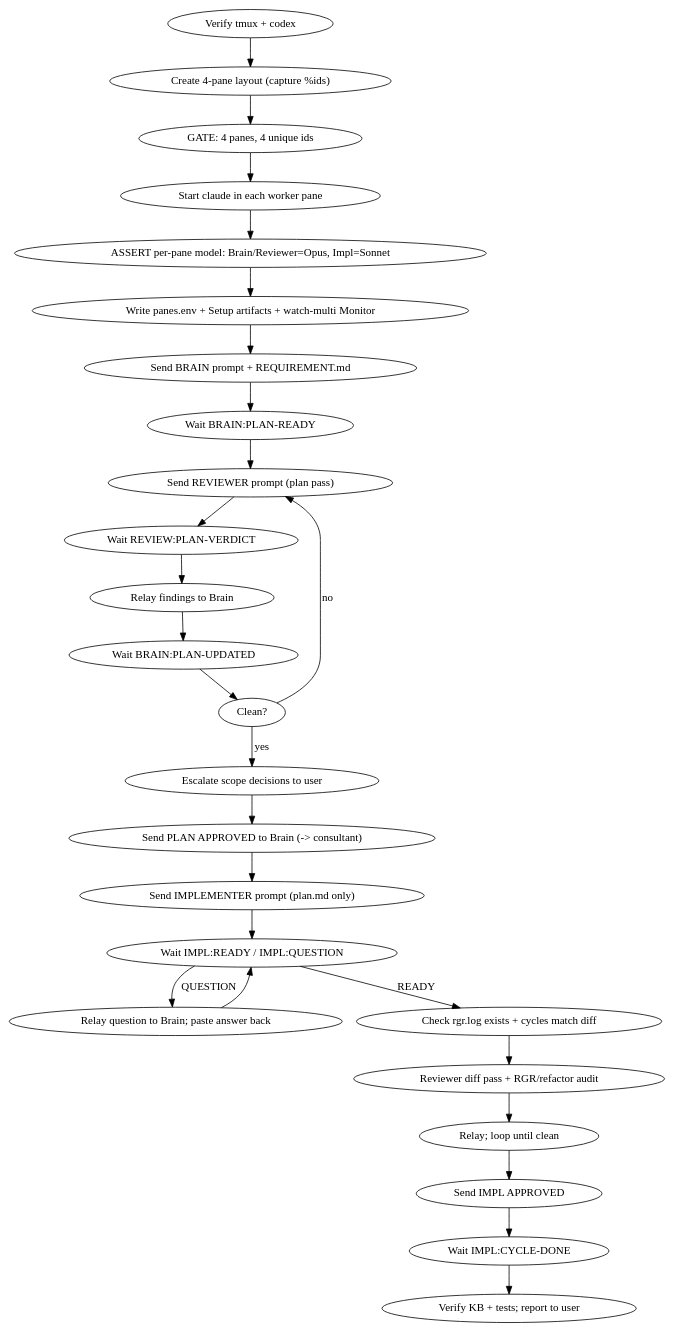
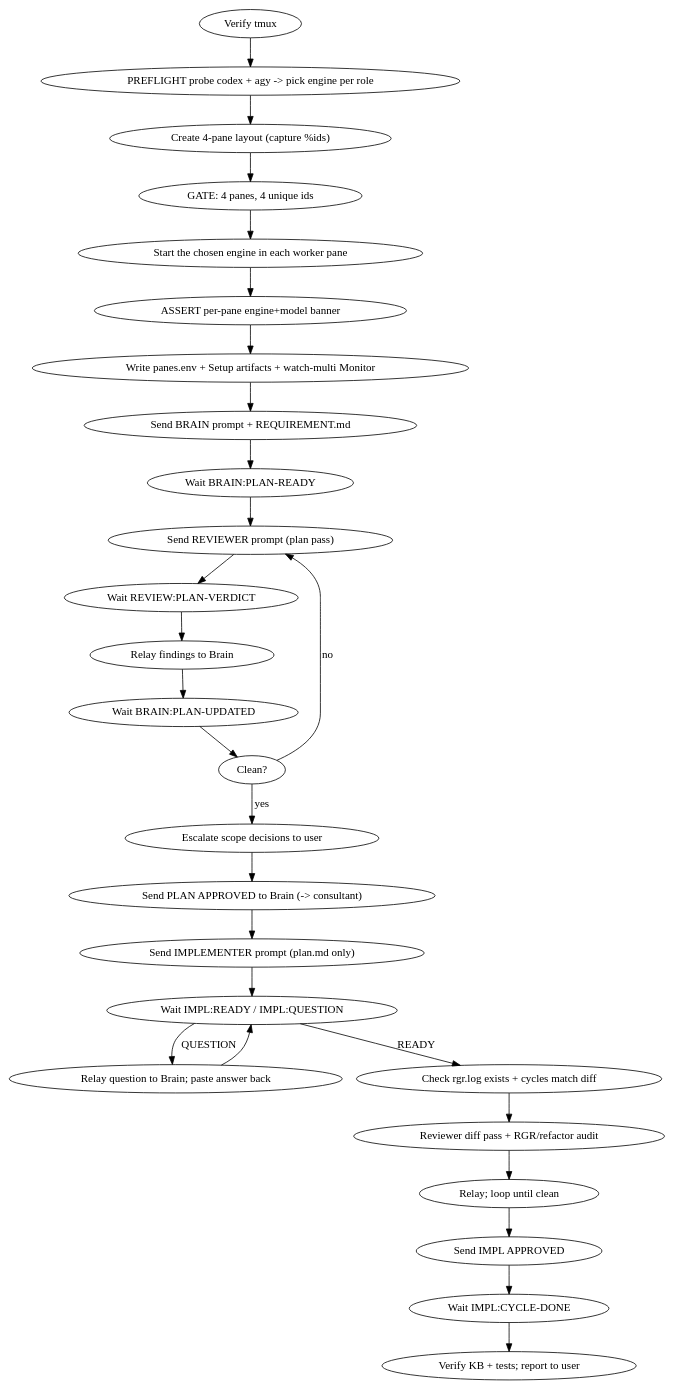
One commit to chermosillo-lkmx/ronin changed the diagram in skills/tmux-worker-loop/SKILL.md. Above: the diagram before and after it, drawn with Graphviz. The commit also changed other lines of this file and 10 other files, not shown here.

First line of the commit message:
chore(skill): sincroniza tmux-worker-loop con la v9 instalada

````diff
--- a/skills/tmux-worker-loop/SKILL.md
+++ b/skills/tmux-worker-loop/SKILL.md
@@ -62,31 +93,32 @@
 ```dot
 digraph workflow {
-  "Verify tmux + codex" -> "Create 4-pane layout (capture %ids)";
+  "Verify tmux" -> "PREFLIGHT probe codex + agy -> pick engine per role";
+  "PREFLIGHT probe codex + agy -> pick engine per role" -> "Create 4-pane layout (capture %ids)";
   "Create 4-pane layout (capture %ids)" -> "GATE: 4 panes, 4 unique ids";
-  "GATE: 4 panes, 4 unique ids" -> "Start claude in each worker pane";
-  "Start claude in each worker pane" -> "ASSERT per-pane model: Brain/Reviewer=Opus, Impl=Sonnet";
-  "ASSERT per-pane model: Brain/Reviewer=Opus, Impl=Sonnet" -> "Write panes.env + Setup artifacts + watch-multi Monitor";
+  "GATE: 4 panes, 4 unique ids" -> "Start the chosen engine in each worker pane";
+  "Start the chosen engine in each worker pane" -> "ASSERT per-pane engine+model banner";
+  "ASSERT per-pane engine+model banner" -> "Write panes.env + Setup artifacts + watch-multi Monitor";
   "Write panes.env + Setup artifacts + watch-multi Monitor" -> "Send BRAIN prompt + REQUIREMENT.md";
   "Send BRAIN prompt + REQUIREMENT.md" -> "Wait BRAIN:PLAN-READY";
 
   "Wait BRAIN:PLAN-READY" -> "Send REVIEWER prompt (plan pass)";
   "Send REVIEWER prompt (plan pass)" -> "Wait REVIEW:PLAN-VERDICT";
   "Wait REVIEW:PLAN-VERDICT" -> "Relay findings to Brain";
   "Relay findings to Brain" -> "Wait BRAIN:PLAN-UPDATED";
   "Wait BRAIN:PLAN-UPDATED" -> "Clean?";
   "Clean?" -> "Send REVIEWER prompt (plan pass)" [label="no"];
   "Clean?" -> "Escalate scope decisions to user" [label="yes"];
   "Escalate scope decisions to user" -> "Send PLAN APPROVED to Brain (-> consultant)";
 
   "Send PLAN APPROVED to Brain (-> consultant)" -> "Send IMPLEMENTER prompt (plan.md only)";
   "Send IMPLEMENTER prompt (plan.md only)" -> "Wait IMPL:READY / IMPL:QUESTION";
   "Wait IMPL:READY / IMPL:QUESTION" -> "Relay question to Brain; paste answer back" [label="QUESTION"];
   "Relay question to Brain; paste answer back" -> "Wait IMPL:READY / IMPL:QUESTION";
   "Wait IMPL:READY / IMPL:QUESTION" -> "Check rgr.log exists + cycles match diff" [label="READY"];
   "Check rgr.log exists + cycles match diff" -> "Reviewer diff pass + RGR/refactor audit";
   "Reviewer diff pass + RGR/refactor audit" -> "Relay; loop until clean";
   "Relay; loop until clean" -> "Send IMPL APPROVED";
   "Send IMPL APPROVED" -> "Wait IMPL:CYCLE-DONE";
   "Wait IMPL:CYCLE-DONE" -> "Verify KB + tests; report to user";
 }
 ```
````
